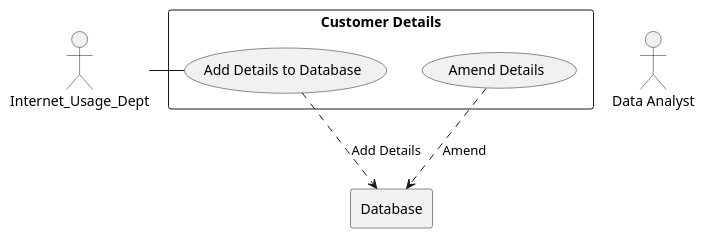
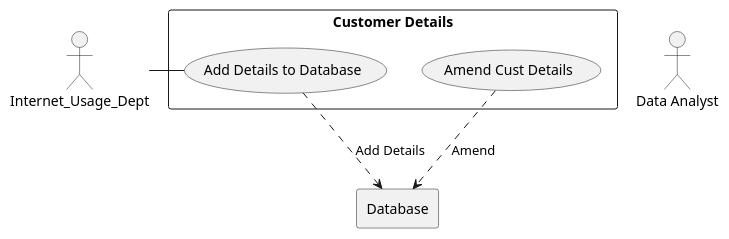
One commit to 40456397/team_D_coursework changed the diagram in Use Case Diagrams.puml. Above: the diagram before and after it, drawn with PlantUML. The commit also changed 1 other file, not shown here.

Commit message:
Started Use Case Diagrams

```diff
--- a/Use Case Diagrams.puml
+++ b/Use Case Diagrams.puml
@@ -1,16 +1,16 @@
 @startuml
 
 actor Int_Dept as "Internet_Usage_Dept"
 actor DA as "Data Analyst"
 rectangle Database
 
 rectangle "Customer Details" {
     usecase UC1 as "Add Details to Database"
-    usecase UCa as "Amend Details"
+    usecase UCa as "Amend Cust Details"
 
     Int_Dept - UC1
     UCa ..> Database : Amend
     UC1 ..> Database : Add Details
 
 }
 @enduml
```
